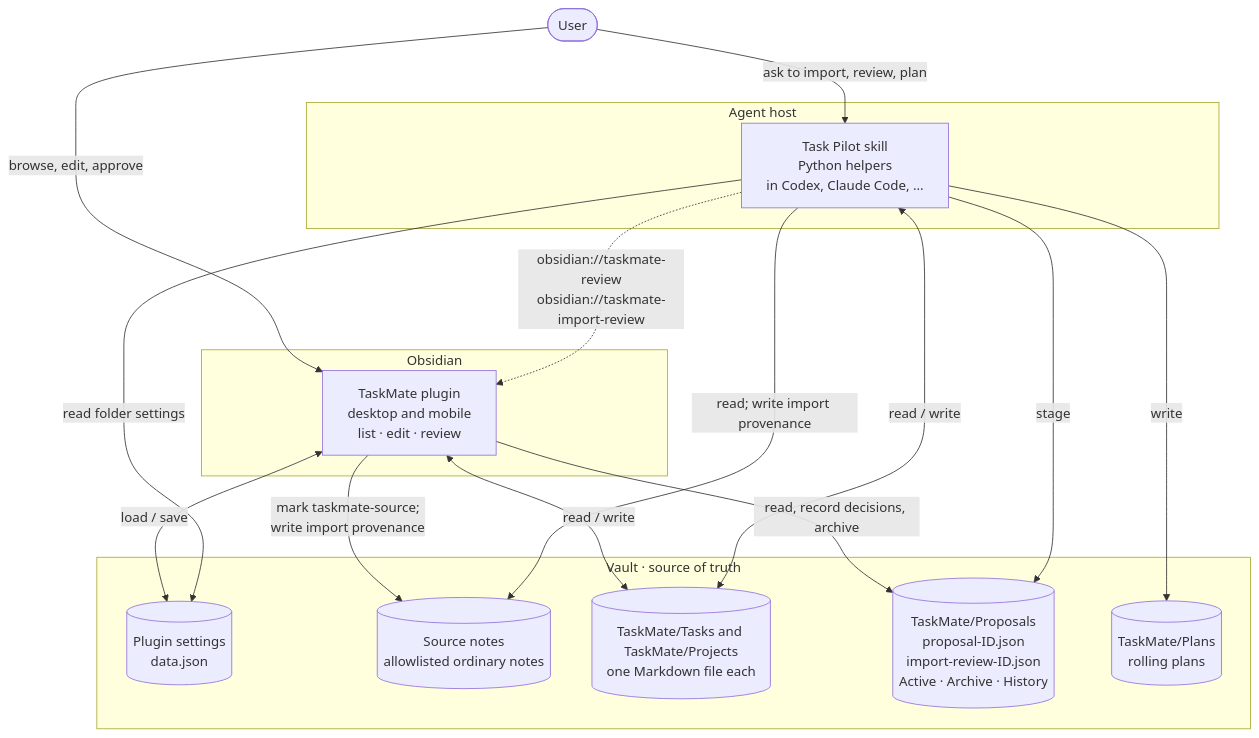
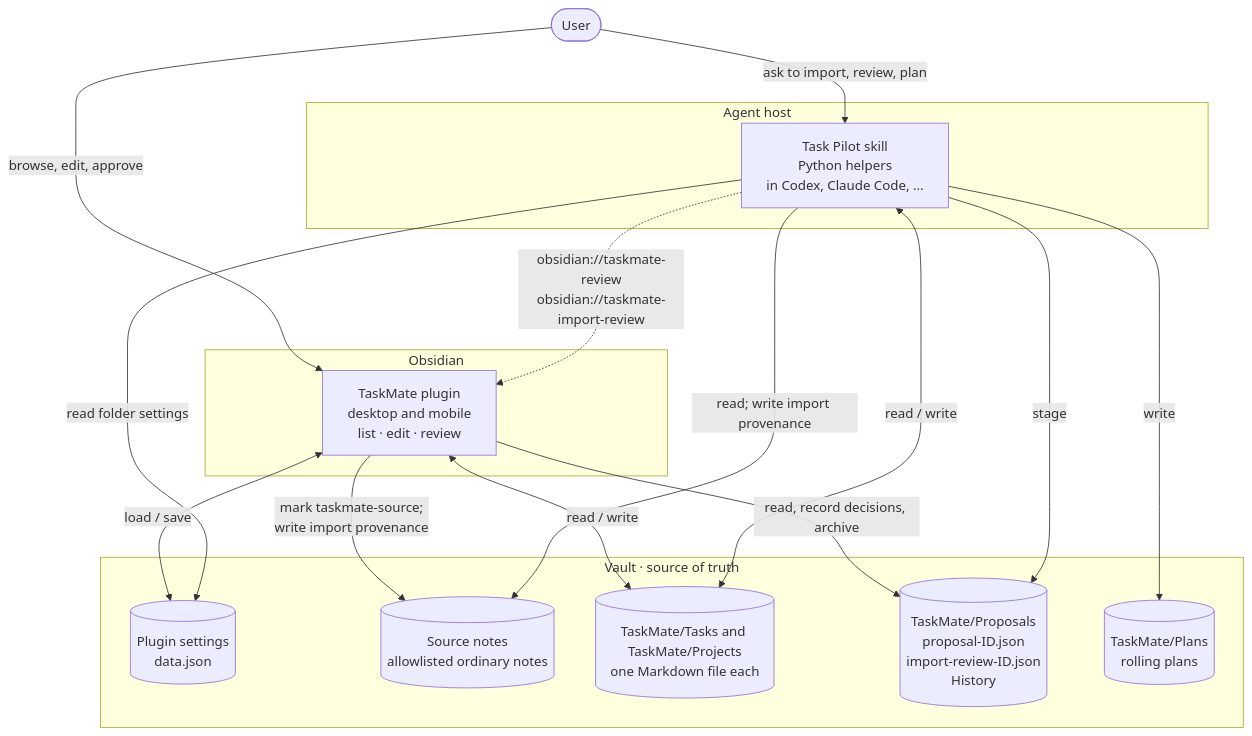
One commit to tempu-village/taskmate changed the first of 9 diagrams in docs/engineering/design/system-overview.md. Above: the diagram before and after it, drawn with Mermaid. The commit also changed other lines of this file and 14 other files, not shown here.

````diff
--- a/docs/engineering/design/system-overview.md
+++ b/docs/engineering/design/system-overview.md
@@ -16,35 +16,35 @@
 ```mermaid
 flowchart TB
   user(["User"])
 
   subgraph obsidian["Obsidian"]
     plugin["TaskMate plugin<br/>desktop and mobile<br/>list · edit · review"]
   end
 
   subgraph host["Agent host"]
     helpers["Task Pilot skill<br/>Python helpers<br/>in Codex, Claude Code, ..."]
   end
 
   subgraph vault["Vault · source of truth"]
     settings[("Plugin settings<br/>data.json")]
     sources[("Source notes<br/>allowlisted ordinary notes")]
     canonical[("TaskMate/Tasks and TaskMate/Projects<br/>one Markdown file each")]
-    proposals[("TaskMate/Proposals<br/>proposal-ID.json<br/>import-review-ID.json<br/>Active · Archive · History")]
+    proposals[("TaskMate/Proposals<br/>proposal-ID.json<br/>import-review-ID.json<br/>History")]
     plans[("TaskMate/Plans<br/>rolling plans")]
   end
 
   user -->|"browse, edit, approve"| plugin
   user -->|"ask to import, review, plan"| helpers
   helpers -.->|"obsidian://taskmate-review<br/>obsidian://taskmate-import-review"| plugin
 
   plugin <-->|"load / save"| settings
   plugin -->|"mark taskmate-source;<br/>write import provenance"| sources
   plugin <-->|"read / write"| canonical
   plugin -->|"read, record decisions, archive"| proposals
 
   helpers -->|"read folder settings"| settings
   helpers -->|"read; write import provenance"| sources
   helpers <-->|"read / write"| canonical
   helpers -->|"stage"| proposals
   helpers -->|"write"| plans
 ```
````
